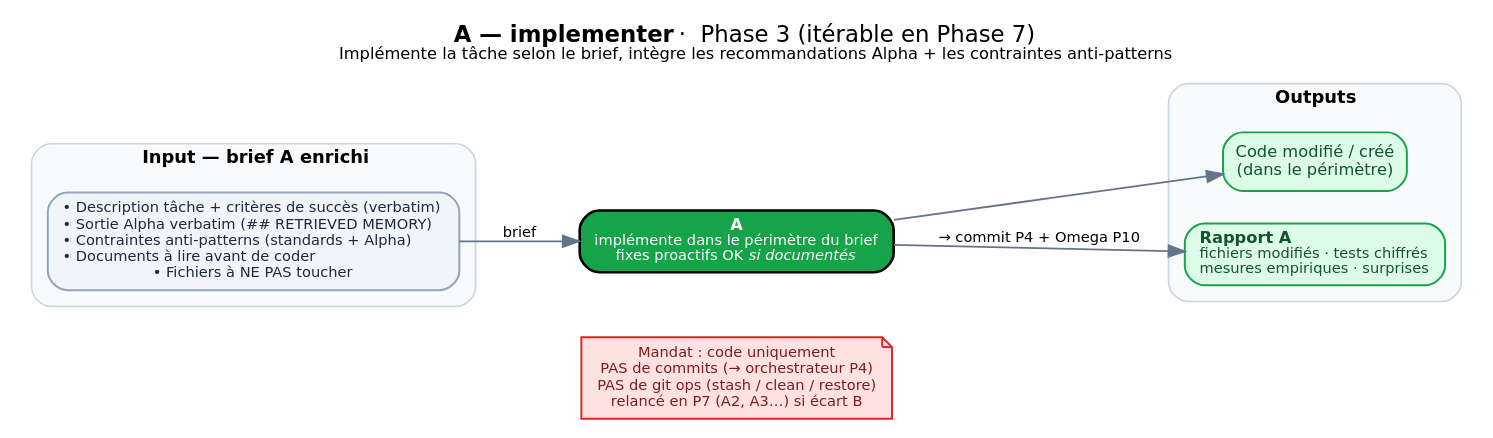
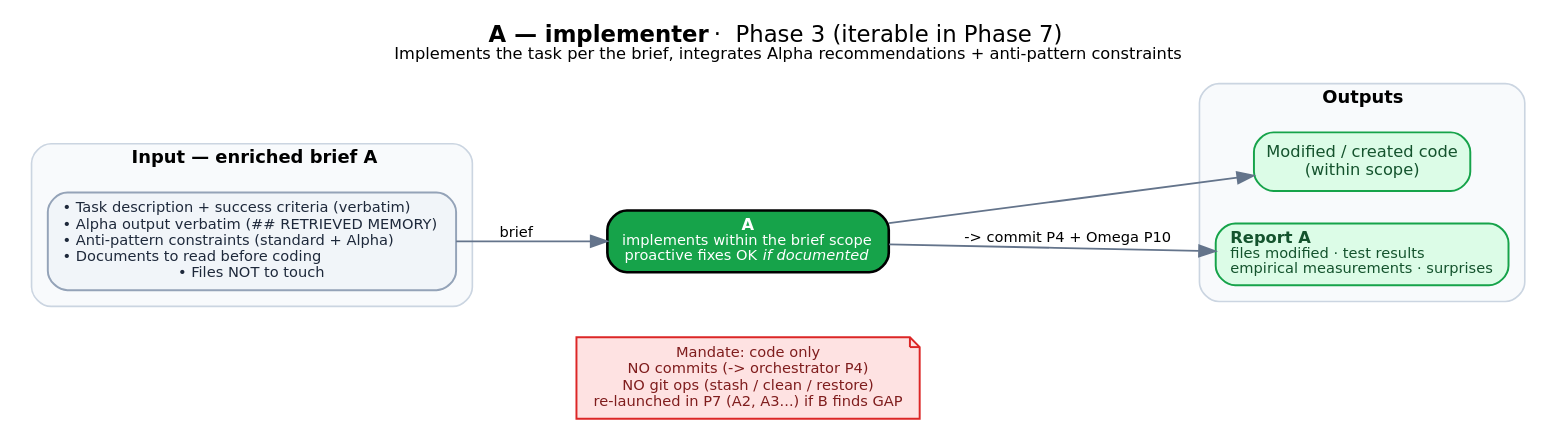
Before and after one commit to varma61923/commontrace-v2: the diagram in assets/agent_a.dot, drawn with Graphviz. The commit also changed 34 other files, not shown here.

```diff
--- a/assets/agent_a.dot
+++ b/assets/agent_a.dot
@@ -1,38 +1,38 @@
 digraph agent_a {
   rankdir=LR;
   bgcolor="white";
   fontname="DejaVu Sans";
   labelloc="t";
   fontsize=14;
-  label=<<b>A — implementer</b>  ·  Phase 3 (itérable en Phase 7)<br/><font point-size="10">Implémente la tâche selon le brief, intègre les recommandations Alpha + les contraintes anti-patterns</font>>;
+  label=<<b>A — implementer</b>  ·  Phase 3 (iterable in Phase 7)<br/><font point-size="10">Implements the task per the brief, integrates Alpha recommendations + anti-pattern constraints</font>>;
   nodesep=0.28;
   ranksep=0.7;
 
   node [fontname="DejaVu Sans", fontsize=10, shape=box, style="rounded,filled", penwidth=1.2, margin="0.12,0.07"];
   edge [fontname="DejaVu Sans", fontsize=9, color="#64748b", penwidth=1.1];
 
   subgraph cluster_in {
-    label=<<b>Input — brief A enrichi</b>>; fontsize=11; style="rounded"; color="#cbd5e1"; bgcolor="#f8fafc"; margin=10;
+    label=<<b>Input — enriched brief A</b>>; fontsize=11; style="rounded"; color="#cbd5e1"; bgcolor="#f8fafc"; margin=10;
     node [fillcolor="#f1f5f9", color="#94a3b8", fontcolor="#1e293b"];
-    in_brief [label=<<font point-size="9">• Description tâche + critères de succès (verbatim)<br align="left"/>• Sortie Alpha verbatim (## RETRIEVED MEMORY)<br align="left"/>• Contraintes anti-patterns (standards + Alpha)<br align="left"/>• Documents à lire avant de coder<br align="left"/>• Fichiers à NE PAS toucher</font>>];
+    in_brief [label=<<font point-size="9">• Task description + success criteria (verbatim)<br align="left"/>• Alpha output verbatim (## RETRIEVED MEMORY)<br align="left"/>• Anti-pattern constraints (standard + Alpha)<br align="left"/>• Documents to read before coding<br align="left"/>• Files NOT to touch</font>>];
   }
 
-  a [label=<<b>A</b><br/><font point-size="9">implémente dans le périmètre du brief<br/>fixes proactifs OK <i>si documentés</i></font>>,
+  a [label=<<b>A</b><br/><font point-size="9">implements within the brief scope<br/>proactive fixes OK <i>if documented</i></font>>,
      fillcolor="#16a34a", fontcolor="white", penwidth=1.6];
 
-  mandate [label="Mandat : code uniquement\nPAS de commits (→ orchestrateur P4)\nPAS de git ops (stash / clean / restore)\nrelancé en P7 (A2, A3…) si écart B",
+  mandate [label="Mandate: code only\nNO commits (-> orchestrator P4)\nNO git ops (stash / clean / restore)\nre-launched in P7 (A2, A3...) if B finds GAP",
            shape=note, fillcolor="#fee2e2", color="#dc2626", fontcolor="#7f1d1d", fontsize=9];
 
   subgraph cluster_out {
     label=<<b>Outputs</b>>; fontsize=11; style="rounded"; color="#cbd5e1"; bgcolor="#f8fafc"; margin=10;
     node [fillcolor="#dcfce7", color="#16a34a", fontcolor="#14532d"];
-    out_code [label="Code modifié / créé\n(dans le périmètre)"];
-    out_rep  [label=<<b>Rapport A</b><br align="left"/><font point-size="9">fichiers modifiés · tests chiffrés<br align="left"/>mesures empiriques · surprises</font>>];
+    out_code [label="Modified / created code\n(within scope)"];
+    out_rep  [label=<<b>Report A</b><br align="left"/><font point-size="9">files modified · test results<br align="left"/>empirical measurements · surprises</font>>];
   }
 
   in_brief -> a [label=" brief"];
   a -> out_code;
-  a -> out_rep [label=" → commit P4 + Omega P10"];
+  a -> out_rep [label=" -> commit P4 + Omega P10"];
   a -> mandate [style=invis];
   { rank=same; a; mandate; }
 }
```
